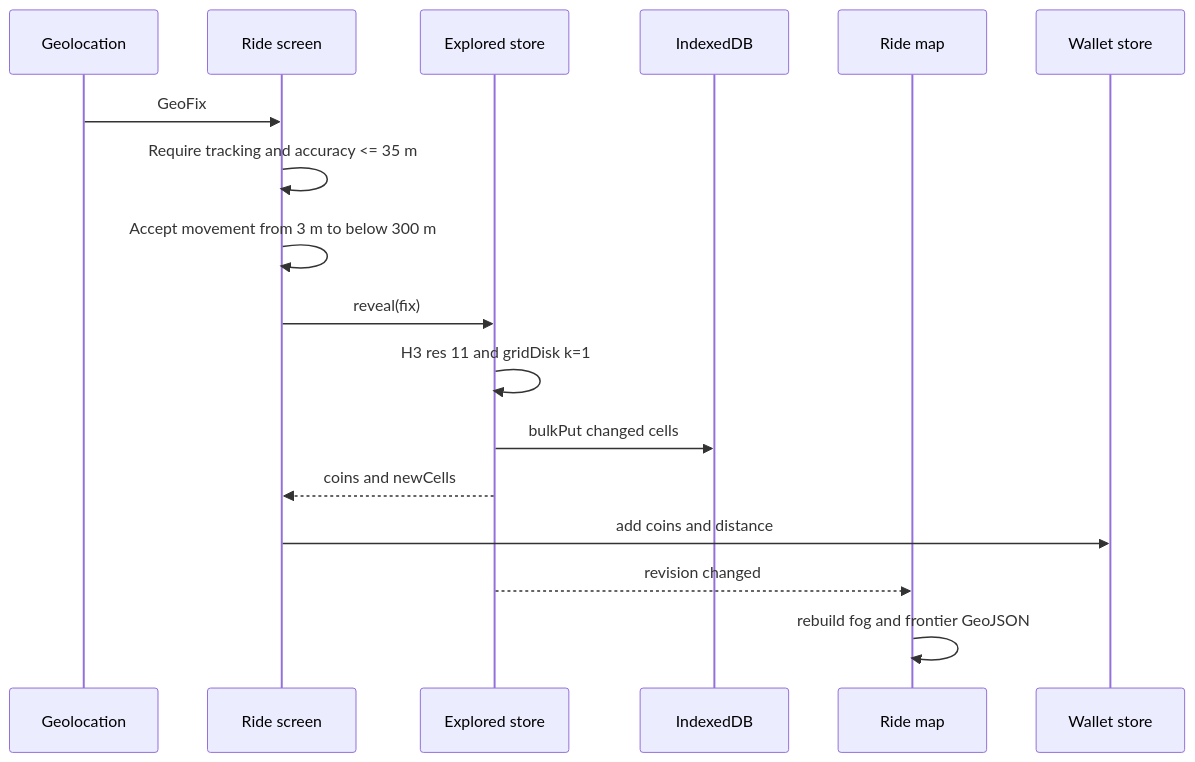
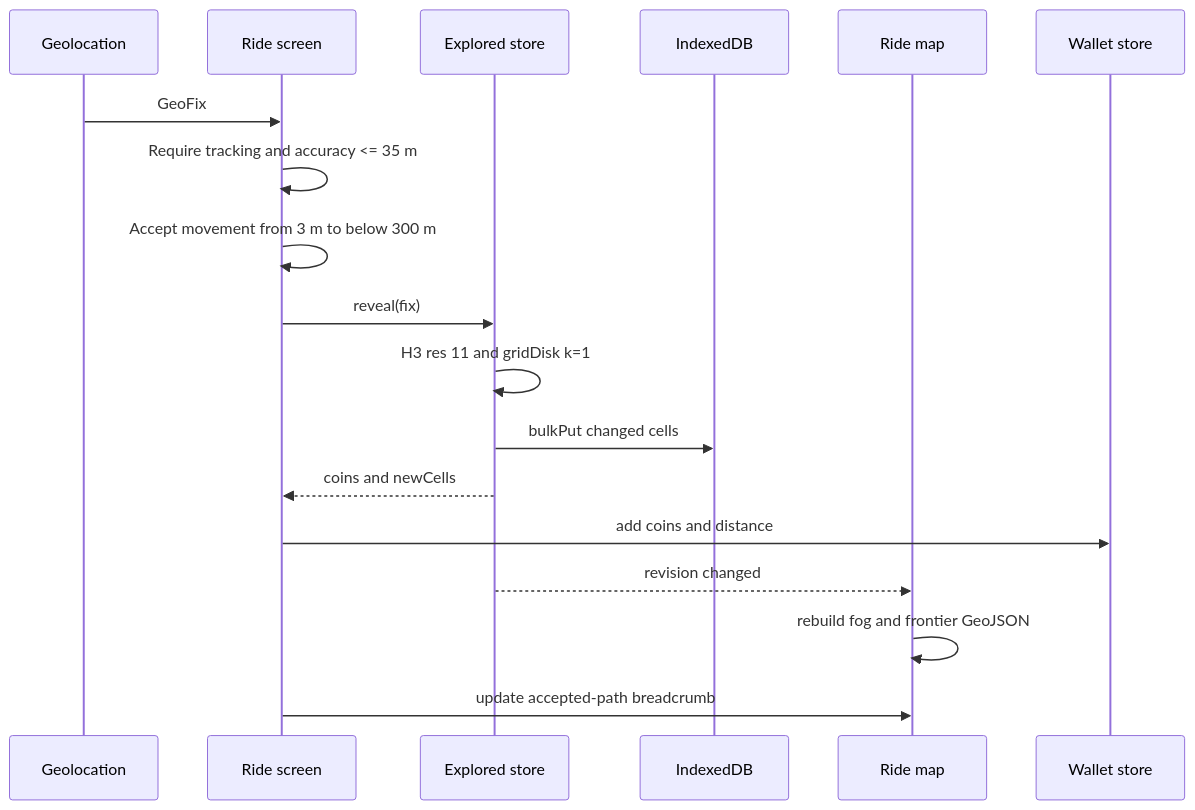
Before and after one commit to MadCowDevelopment/veloterra: the diagram in Architecture/7-Runtime-View/7.2-Reveal-and-Reward.md, drawn with Mermaid. The commit also changed other lines of this file and 12 other files, not shown here.

````diff
--- a/Architecture/7-Runtime-View/7.2-Reveal-and-Reward.md
+++ b/Architecture/7-Runtime-View/7.2-Reveal-and-Reward.md
@@ -9,20 +9,21 @@
 ```mermaid
 sequenceDiagram
     participant GPS as Geolocation
     participant Ride as Ride screen
     participant Explore as Explored store
     participant DB as IndexedDB
     participant Map as Ride map
     participant Wallet as Wallet store
 
     GPS->>Ride: GeoFix
     Ride->>Ride: Require tracking and accuracy <= 35 m
     Ride->>Ride: Accept movement from 3 m to below 300 m
     Ride->>Explore: reveal(fix)
     Explore->>Explore: H3 res 11 and gridDisk k=1
     Explore->>DB: bulkPut changed cells
     Explore-->>Ride: coins and newCells
     Ride->>Wallet: add coins and distance
     Explore-->>Map: revision changed
     Map->>Map: rebuild fog and frontier GeoJSON
+    Ride->>Map: update accepted-path breadcrumb
 ```
````
